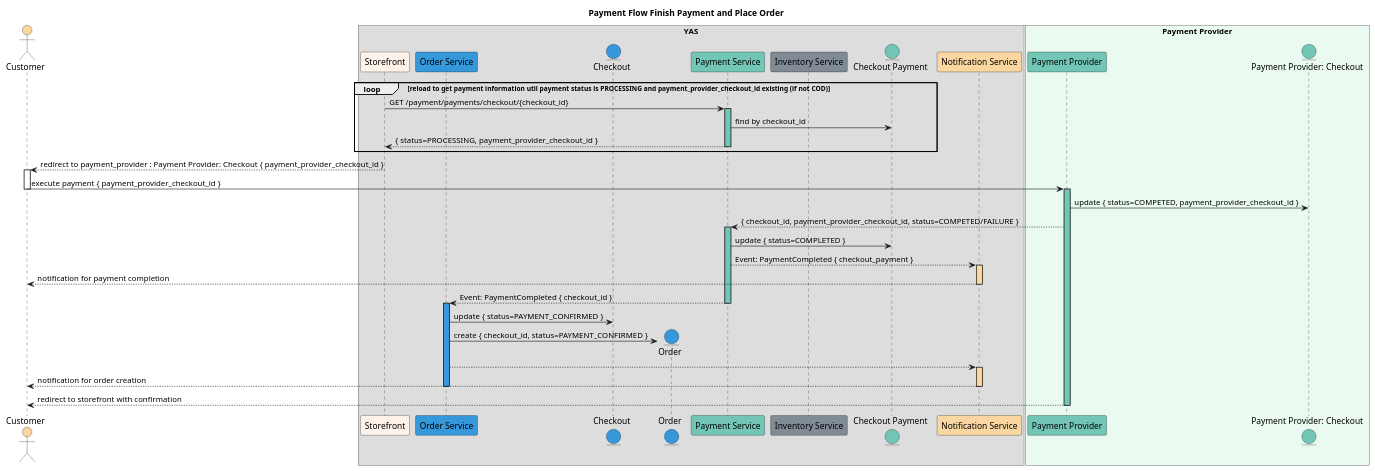
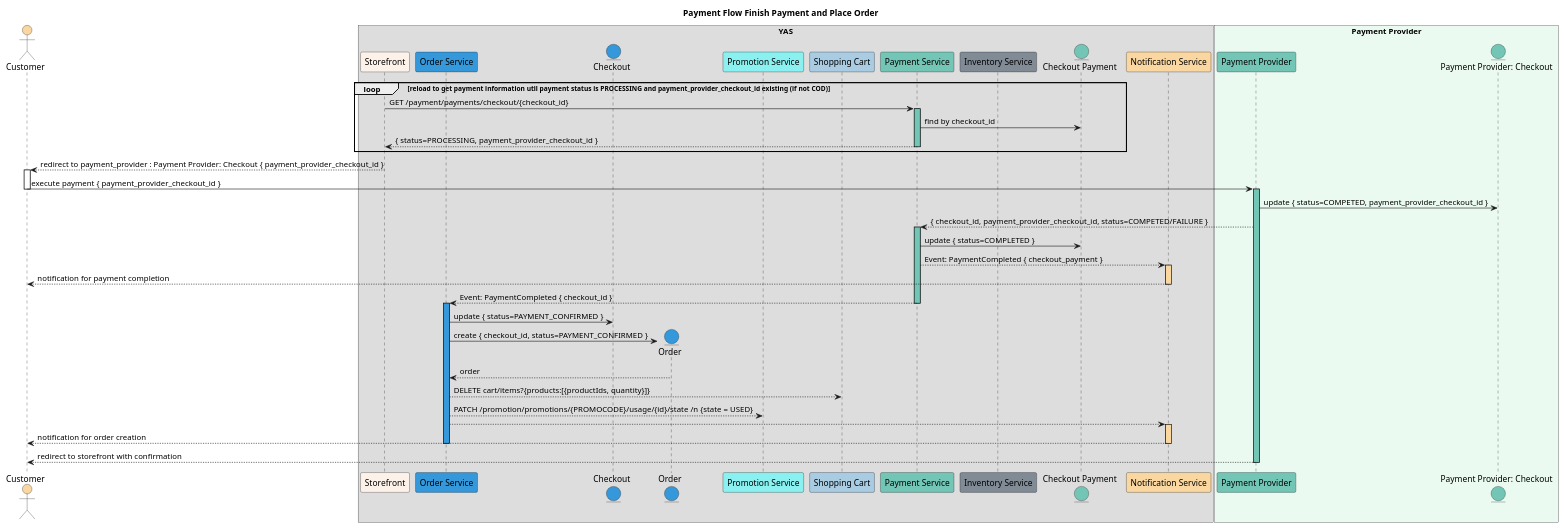
One commit to nashtech-garage/yas changed the diagram in docs/design/order-flows/diagrams/payment.seq-3.puml. Above: the diagram before and after it, drawn with PlantUML. The commit also changed 8 other files, not shown here.

Commit message:
Update overview diagram, move delete card to after order placement,  add coupon code flow

```diff
--- a/docs/design/order-flows/diagrams/payment.seq-3.puml
+++ b/docs/design/order-flows/diagrams/payment.seq-3.puml
@@ -1,56 +1,61 @@
 @startuml Payment Flow Sub 3
 
 title Payment Flow Finish Payment and Place Order
 
 actor Customer as customer #fad7a0
 
 box YAS
     participant "Storefront" as storefront #fdf2e9        
     participant "Order Service" as order_service #3498db    
     entity "Checkout" as checkout #3498db
     entity "Order" as order #3498db
+    participant "Promotion Service" as promotion_service #8af1f0
+    participant "Shopping Cart" as shopping_cart #a9cce3
     participant "Payment Service" as payment_service #73c6b6
     participant "Inventory Service" as inventory_service #808b96
     entity "Checkout Payment" as checkout_payment #73c6b6
     participant "Notification Service" as notification_service #fad7a0
 end box 
 
 box "Payment Provider" #eafaf1
     participant "Payment Provider" as payment_provider #73c6b6
     entity "Payment Provider: Checkout" as payment_provider_checkout #73c6b6
 end box
 loop reload to get payment information util payment status is PROCESSING and payment_provider_checkout_id existing (if not COD)
   storefront -> payment_service: GET /payment/payments/checkout/{checkout_id} 
   activate payment_service #73c6b6
     payment_service -> checkout_payment: find by checkout_id
     storefront <-- payment_service: { status=PROCESSING, payment_provider_checkout_id }
   deactivate payment_service
 end 
 storefront --> customer: redirect to payment_provider : Payment Provider: Checkout { payment_provider_checkout_id }
 deactivate storefront
 activate customer
   customer -> payment_provider: execute payment { payment_provider_checkout_id }
 deactivate customer
 activate payment_provider #73c6b6
   payment_provider -> payment_provider_checkout: update { status=COMPETED, payment_provider_checkout_id }  
   payment_provider --> payment_service: { checkout_id, payment_provider_checkout_id, status=COMPETED/FAILURE }
   activate payment_service #73c6b6
     payment_service -> checkout_payment: update { status=COMPLETED }
     payment_service --> notification_service: Event: PaymentCompleted { checkout_payment }
     activate notification_service #fad7a0
       notification_service --> customer: notification for payment completion
     deactivate notification_service
     payment_service --> order_service: Event: PaymentCompleted { checkout_id }
   deactivate payment_service
   activate order_service #3498db
     order_service -> checkout: update { status=PAYMENT_CONFIRMED }
     order_service -> order**:  create { checkout_id, status=PAYMENT_CONFIRMED }
+    order --> order_service: order
+    order_service --> shopping_cart: DELETE cart/items?{products:[{productIds, quantity}]}
+    order_service --> promotion_service: PATCH /promotion/promotions/{PROMOCODE}/usage/{id}/state /n {state = USED}
     order_service --> notification_service
     activate notification_service #fad7a0
       notification_service --> customer: notification for order creation
     deactivate notification_service
   deactivate order_service
   payment_provider --> customer: redirect to storefront with confirmation
 deactivate payment_provider
 
 @enduml
```
